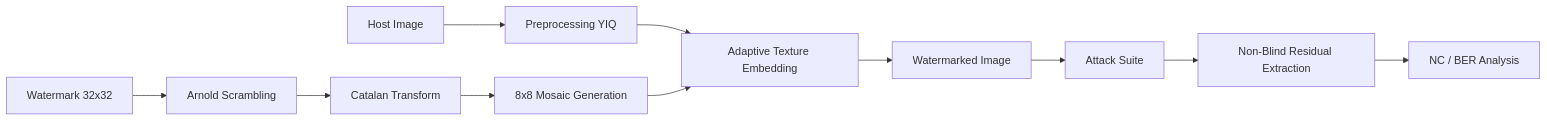
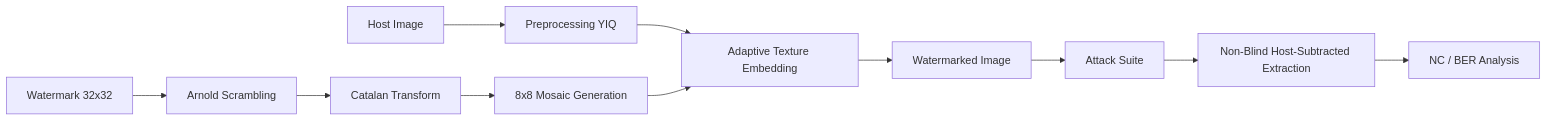
The diagram in README.md (MJenius/Capstone-Code), drawn with Mermaid before and after one commit. The commit also changed other lines of this file and 9 other files, not shown here.

````diff
--- a/README.md
+++ b/README.md
@@ -30,13 +32,13 @@
 ```mermaid
 graph LR
     H[Host Image] --> P[Preprocessing YIQ]
     W[Watermark 32x32] --> S1[Arnold Scrambling]
     S1 --> S2[Catalan Transform]
     S2 --> M[8x8 Mosaic Generation]
     P --> AE[Adaptive Texture Embedding]
     M --> AE
     AE --> EW[Watermarked Image]
     EW --> AT[Attack Suite]
-    AT --> EX[Non-Blind Residual Extraction]
+    AT --> EX[Non-Blind Host-Subtracted Extraction]
     EX --> AN[NC / BER Analysis]
 ```
````
